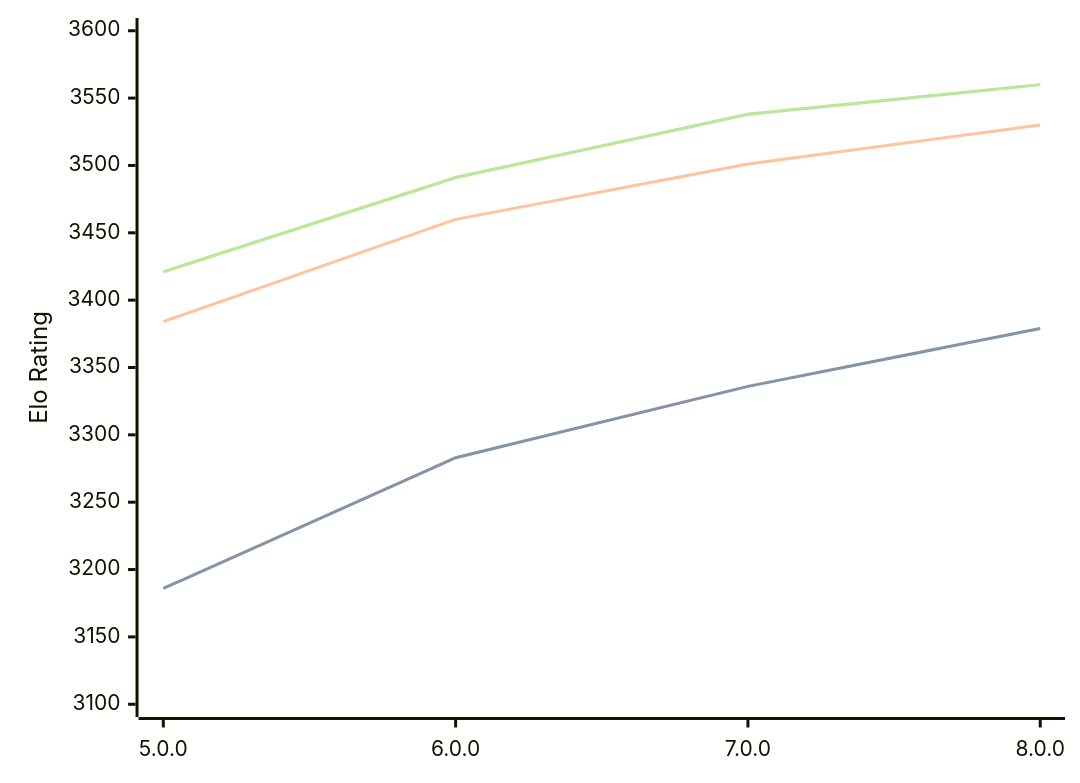
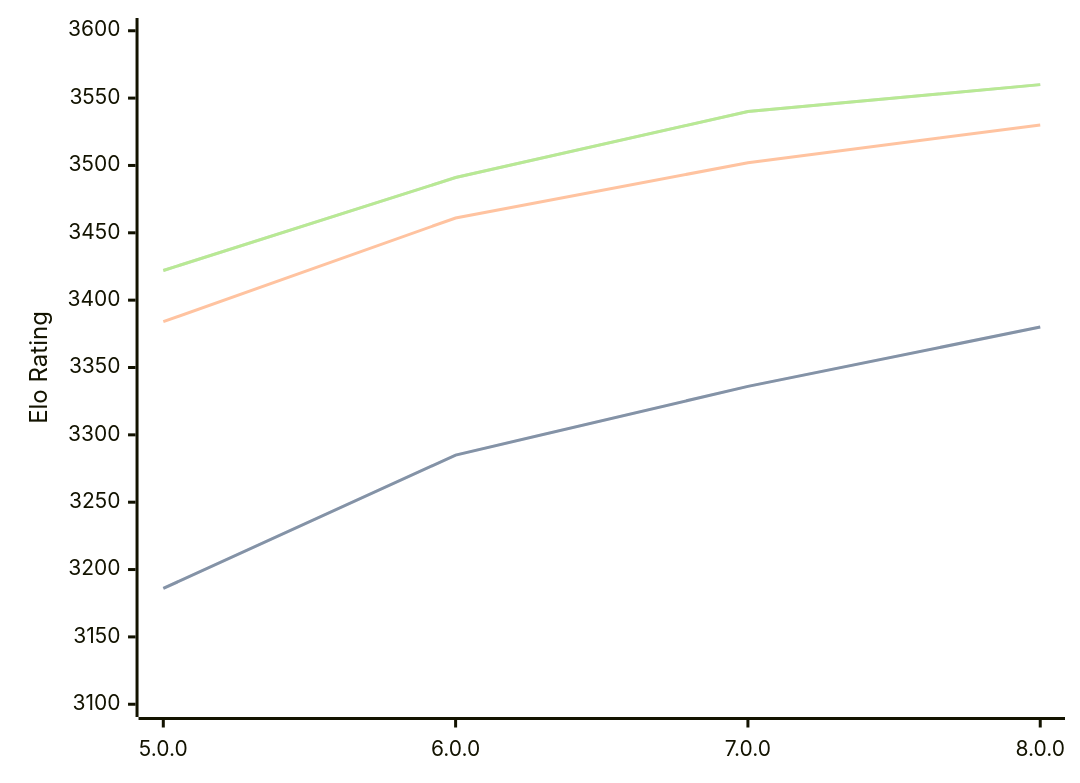
One commit to computer-chess-index/cci changed the first of 3 diagrams in engines/Stormphrax.md. Above: the diagram before and after it, drawn with Mermaid. The commit also changed other lines of this file, not shown here.

Commit message:
Update CCI Ratings (ELO VLTC) - 2026-07-17

````diff
--- a/engines/Stormphrax.md
+++ b/engines/Stormphrax.md
@@ -39,11 +39,11 @@
 ```mermaid
 %%{init: {"theme":"base","themeVariables":{"seriesColors:['#a3a3a3','#222221','#faa371']}}}%%
 xychart-beta
   x-axis ["5.0.0", "6.0.0", "7.0.0", "8.0.0"]
   y-axis "Elo Rating" 3100 --> 3600
-  line "STC (8.0+0.08s)" [3186, 3283, 3336, 3379]
-  line "STC (8.0+0.08s)" [3186, 3283, 3336, 3379]
-  line "LTC (60.0+0.60s)" [3384, 3460, 3501, 3530]
-  line "VLTC (2m24s+1.12s)" [3421, 3491, 3538, 3560]
-  line "VLTC (2m24s+1.12s)" [3421, 3491, 3538, 3560]
+  line "STC (8.0+0.08s)" [3186, 3285, 3336, 3380]
+  line "STC (8.0+0.08s)" [3186, 3285, 3336, 3380]
+  line "LTC (60.0+0.60s)" [3384, 3461, 3502, 3530]
+  line "VLTC (2m24s+1.12s)" [3422, 3491, 3540, 3560]
+  line "VLTC (2m24s+1.12s)" [3422, 3491, 3540, 3560]
 ```
````
